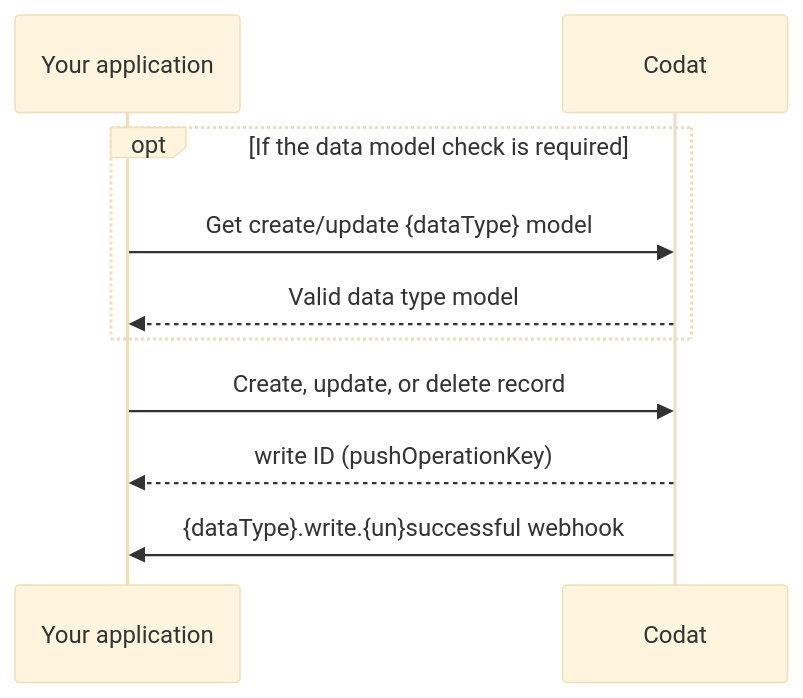
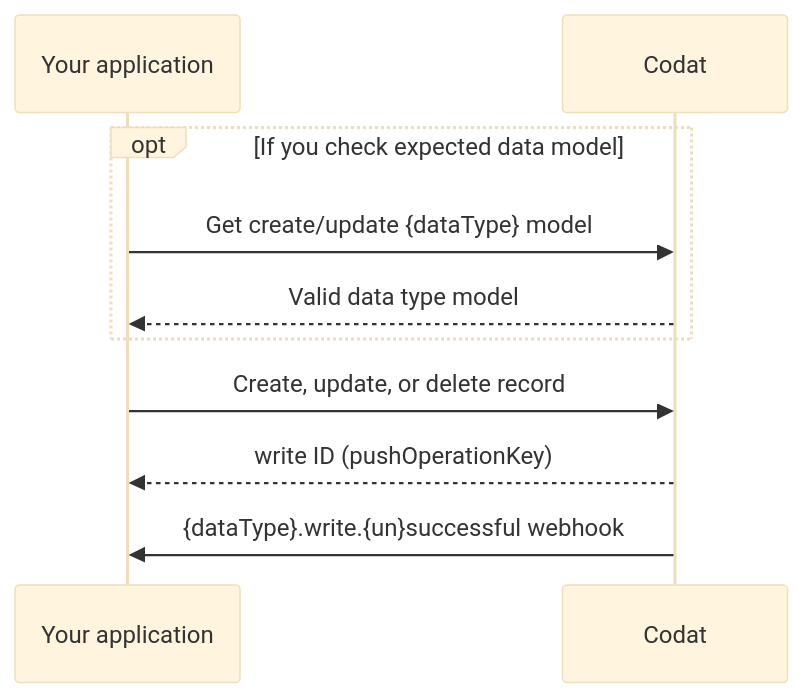
Before and after one commit to codatio/codat-docs: the first of 2 diagrams in docs/using-the-api/push.md, drawn with Mermaid (base theme). The commit also changed other lines of this file, not shown here.

````diff
--- a/docs/using-the-api/push.md
+++ b/docs/using-the-api/push.md
@@ -60,15 +60,15 @@
 ```mermaid
 sequenceDiagram
     participant app as Your application 
     participant codat as Codat
     
-  opt If the data model check is required
+  opt If you check expected data model
     app ->> codat: Get create/update {dataType} model
     codat -->> app: Valid data type model
   end
 
     app ->> codat: Create, update, or delete record
     codat -->> app: write ID (pushOperationKey)
 
     codat ->> app: {dataType}.write.{un}successful webhook
 ```
````
